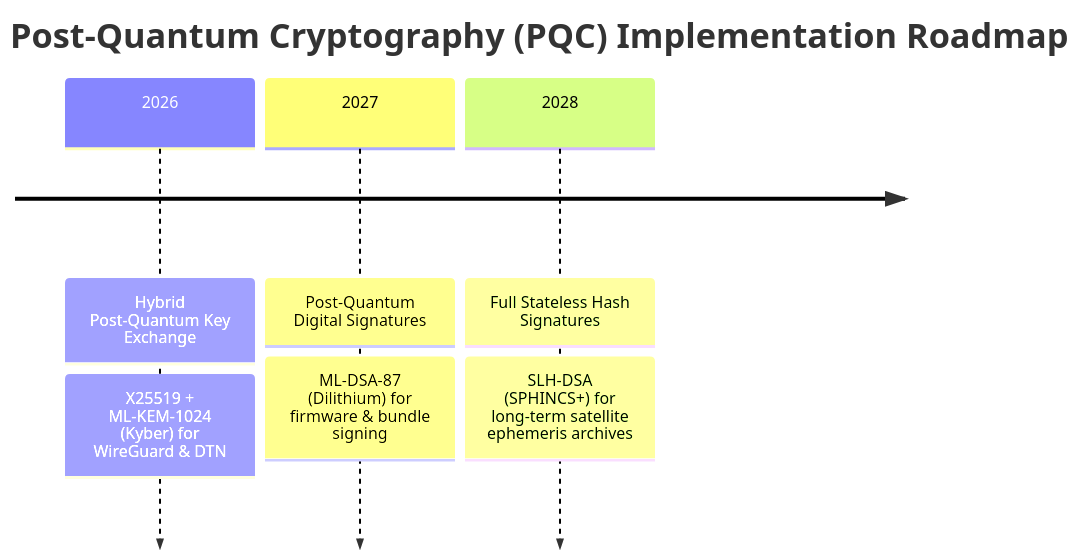
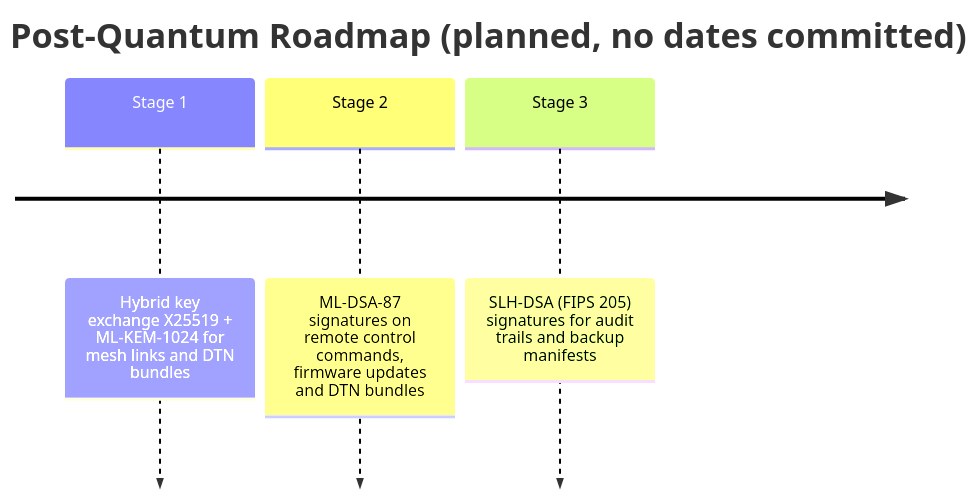
The third of 4 diagrams in COMPLIANCE.md (iliachry/sovereign-mini-datacenter), drawn with Mermaid before and after one commit. The commit also changed other lines of this file and 91 other files, not shown here.

````diff
--- a/COMPLIANCE.md
+++ b/COMPLIANCE.md
@@ -83,7 +134,7 @@
 ```mermaid
 timeline
-    title Post-Quantum Cryptography (PQC) Implementation Roadmap
-    2026 : Hybrid Post-Quantum Key Exchange : X25519 + ML-KEM-1024 (Kyber) for WireGuard & DTN
-    2027 : Post-Quantum Digital Signatures : ML-DSA-87 (Dilithium) for firmware & bundle signing
-    2028 : Full Stateless Hash Signatures : SLH-DSA (SPHINCS+) for long-term satellite ephemeris archives
+    title Post-Quantum Roadmap (planned, no dates committed)
+    Stage 1 : Hybrid key exchange X25519 + ML-KEM-1024 for mesh links and DTN bundles
+    Stage 2 : ML-DSA-87 signatures on remote control commands, firmware updates and DTN bundles
+    Stage 3 : SLH-DSA (FIPS 205) signatures for audit trails and backup manifests
 ```
````
